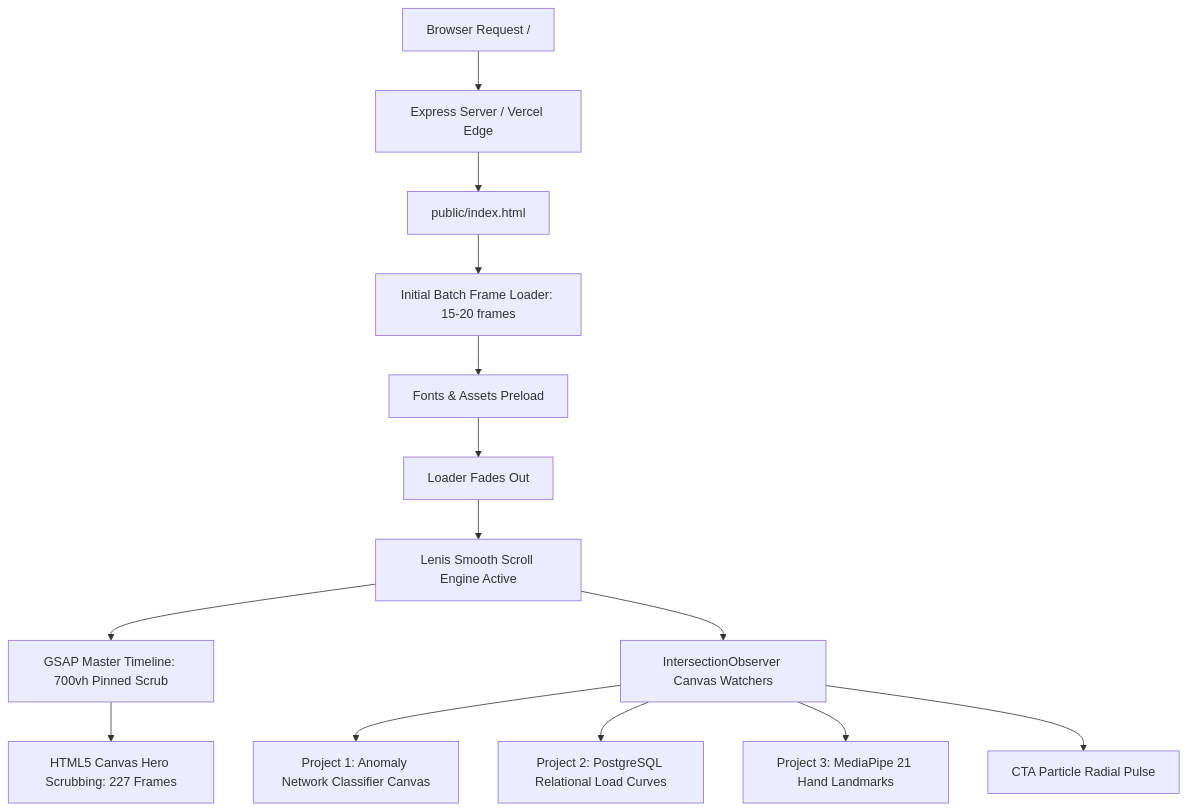
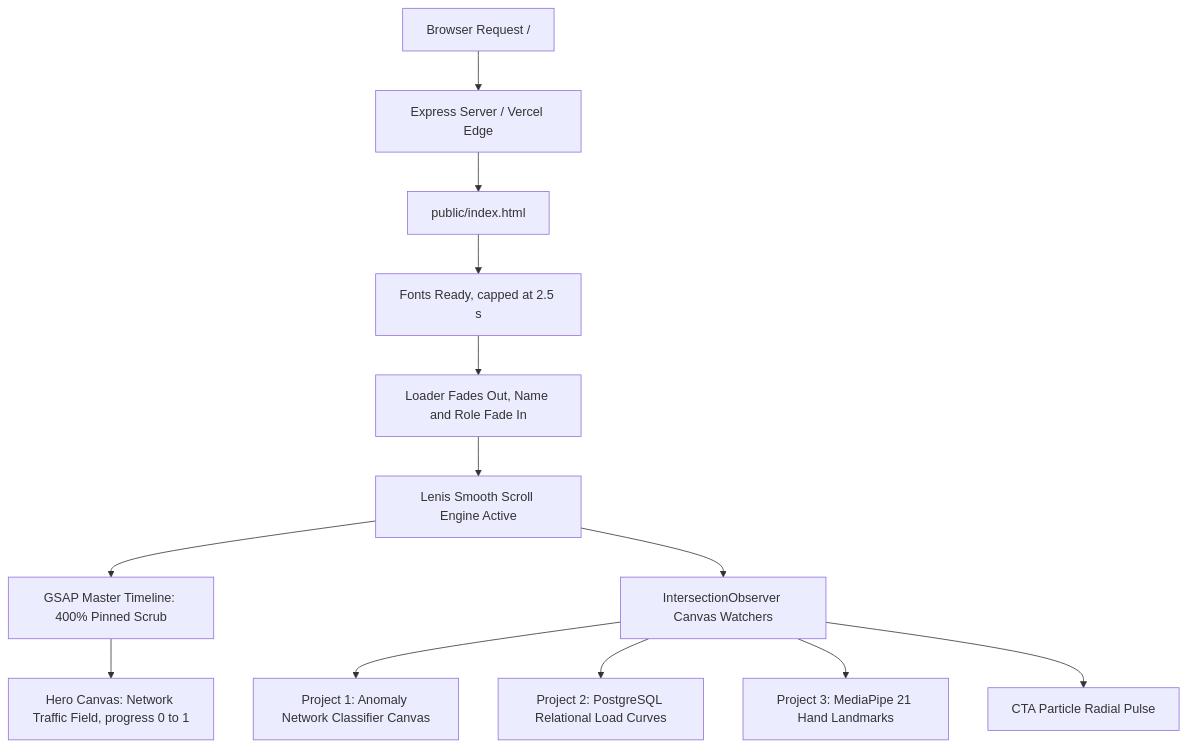
Before and after one commit to Ayush-Singh0583/Portfolio: the diagram in project_documentation.md, drawn with Mermaid. The commit also changed other lines of this file and 249 other files, not shown here.

First line of the commit message:
Replace tea film with network hero; refresh projects, skills and CGPA

````diff
--- a/project_documentation.md
+++ b/project_documentation.md
@@ -17,16 +17,15 @@
 ```mermaid
 graph TD
     A[Browser Request /] --> B[Express Server / Vercel Edge]
     B --> C[public/index.html]
-    C --> D[Initial Batch Frame Loader: 15-20 frames]
-    D --> E[Fonts & Assets Preload]
-    E --> F[Loader Fades Out]
+    C --> E[Fonts Ready, capped at 2.5 s]
+    E --> F[Loader Fades Out, Name and Role Fade In]
     F --> G[Lenis Smooth Scroll Engine Active]
-    G --> H[GSAP Master Timeline: 700vh Pinned Scrub]
-    H --> I[HTML5 Canvas Hero Scrubbing: 227 Frames]
+    G --> H[GSAP Master Timeline: 400% Pinned Scrub]
+    H --> I[Hero Canvas: Network Traffic Field, progress 0 to 1]
     G --> J[IntersectionObserver Canvas Watchers]
     J --> K[Project 1: Anomaly Network Classifier Canvas]
     J --> L[Project 2: PostgreSQL Relational Load Curves]
     J --> M[Project 3: MediaPipe 21 Hand Landmarks]
     J --> N[CTA Particle Radial Pulse]
 ```
````
